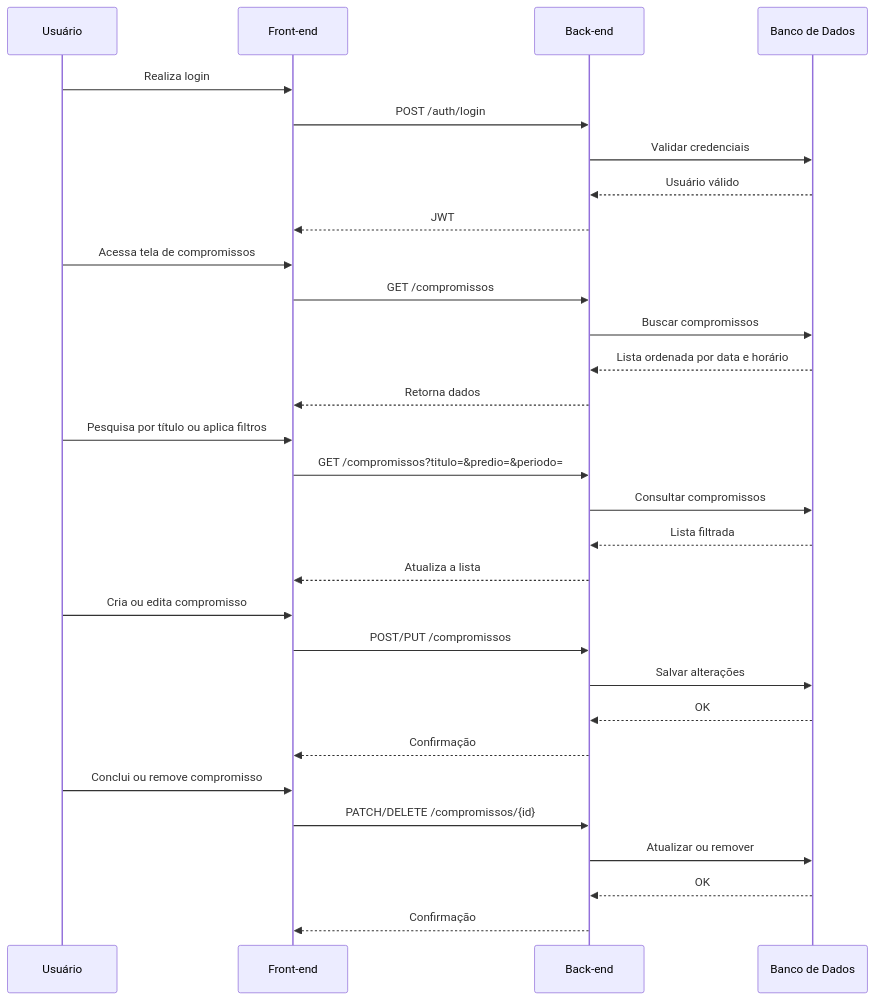
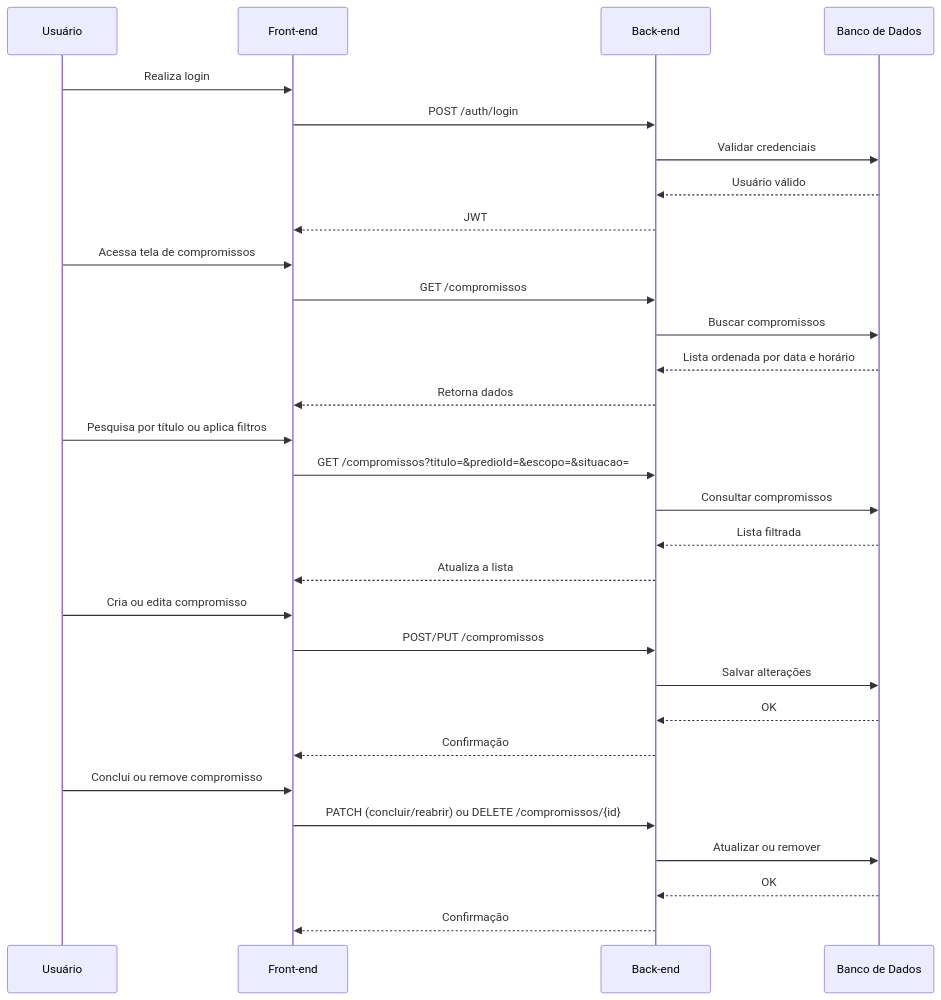
The tenth of 16 diagrams in documentation/RFC/RFC.md (pdrollucas/euSindico), drawn with Mermaid before and after one commit. The commit also changed other lines of this file and 49 other files, not shown here.

````diff
--- a/documentation/RFC/RFC.md
+++ b/documentation/RFC/RFC.md
@@ -549,38 +557,38 @@
 ```mermaid
 sequenceDiagram
 
 participant U as Usuário
 participant FE as Front-end
 participant API as Back-end
 participant DB as Banco de Dados
 
 U->>FE: Realiza login
 FE->>API: POST /auth/login
 API->>DB: Validar credenciais
 DB-->>API: Usuário válido
 API-->>FE: JWT
 
 U->>FE: Acessa tela de compromissos
 FE->>API: GET /compromissos
 API->>DB: Buscar compromissos
 DB-->>API: Lista ordenada por data e horário
 API-->>FE: Retorna dados
 
 U->>FE: Pesquisa por título ou aplica filtros
-FE->>API: GET /compromissos?titulo=&predio=&periodo=
+FE->>API: GET /compromissos?titulo=&predioId=&escopo=&situacao=
 API->>DB: Consultar compromissos
 DB-->>API: Lista filtrada
 API-->>FE: Atualiza a lista
 
 U->>FE: Cria ou edita compromisso
 FE->>API: POST/PUT /compromissos
 API->>DB: Salvar alterações
 DB-->>API: OK
 API-->>FE: Confirmação
 
 U->>FE: Conclui ou remove compromisso
-FE->>API: PATCH/DELETE /compromissos/{id}
+FE->>API: PATCH (concluir/reabrir) ou DELETE /compromissos/{id}
 API->>DB: Atualizar ou remover
 DB-->>API: OK
 API-->>FE: Confirmação
 ```
````
